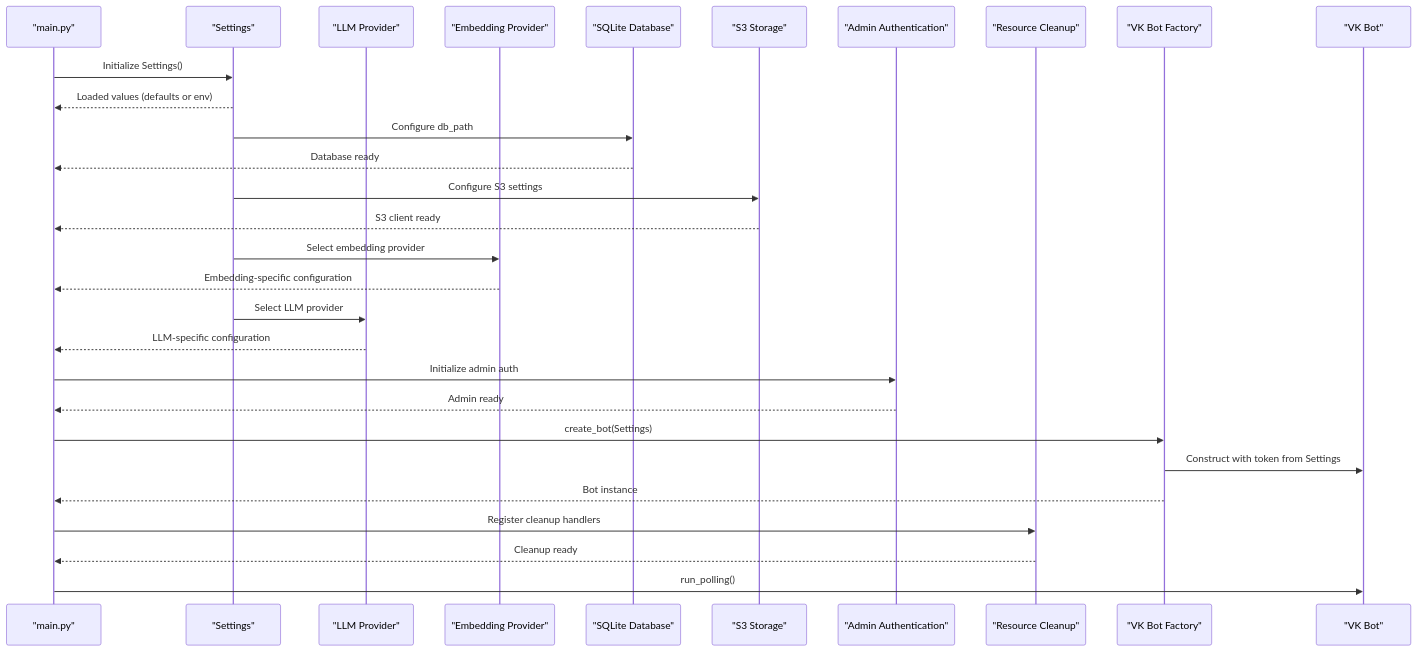
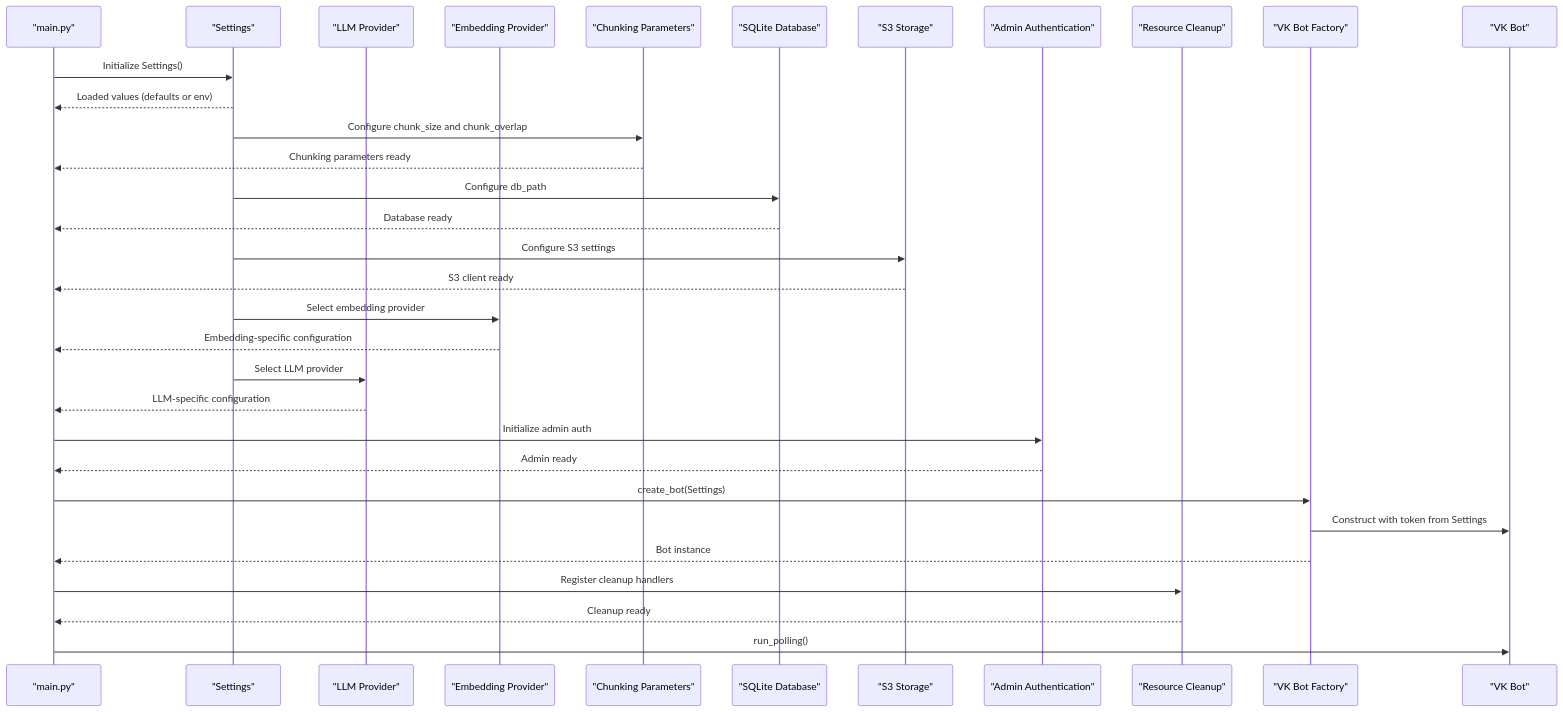
The second of 10 diagrams in .qoder/repowiki/en/content/Configuration Management.md (ognelis/cafetera_hr_bot), drawn with Mermaid before and after one commit. The commit also changed other lines of this file and 16 other files, not shown here.

````diff
--- a/.qoder/repowiki/en/content/Configuration Management.md
+++ b/.qoder/repowiki/en/content/Configuration Management.md
@@ -158,31 +172,34 @@
 ```mermaid
 sequenceDiagram
 participant Script as "main.py"
 participant Settings as "Settings"
 participant Provider as "LLM Provider"
 participant EmbeddingProvider as "Embedding Provider"
+participant Chunking as "Chunking Parameters"
 participant Storage as "SQLite Database"
 participant S3Storage as "S3 Storage"
 participant AdminAuth as "Admin Authentication"
 participant Cleanup as "Resource Cleanup"
 participant VKBot as "VK Bot Factory"
 participant VK as "VK Bot"
 Script->>Settings : Initialize Settings()
 Settings-->>Script : Loaded values (defaults or env)
+Settings->>Chunking : Configure chunk_size and chunk_overlap
+Chunking-->>Script : Chunking parameters ready
 Settings->>Storage : Configure db_path
 Storage-->>Script : Database ready
 Settings->>S3Storage : Configure S3 settings
 S3Storage-->>Script : S3 client ready
 Settings->>EmbeddingProvider : Select embedding provider
 EmbeddingProvider-->>Script : Embedding-specific configuration
 Settings->>Provider : Select LLM provider
 Provider-->>Script : LLM-specific configuration
 Script->>AdminAuth : Initialize admin auth
 AdminAuth-->>Script : Admin ready
 Script->>VKBot : create_bot(Settings)
 VKBot->>VK : Construct with token from Settings
 VKBot-->>Script : Bot instance
 Script->>Cleanup : Register cleanup handlers
 Cleanup-->>Script : Cleanup ready
 Script->>VK : run_polling()
 ```
````
